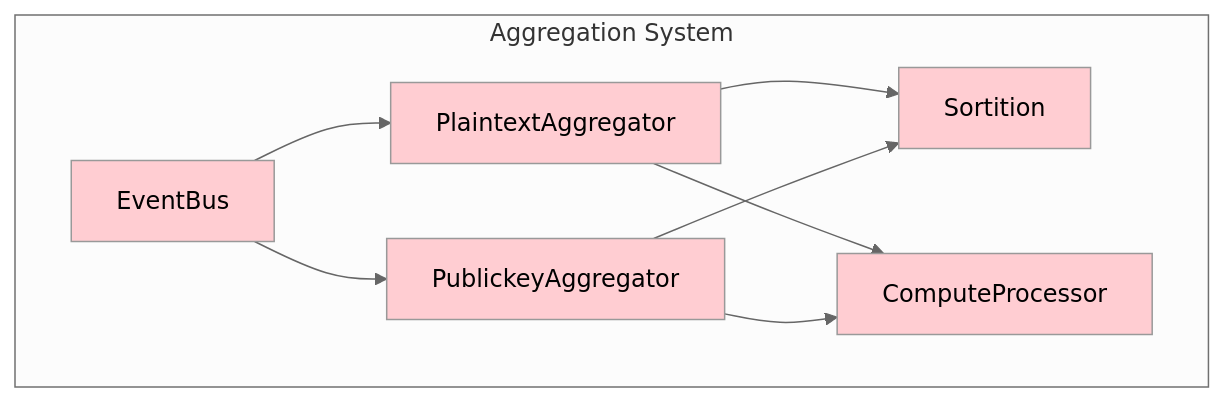
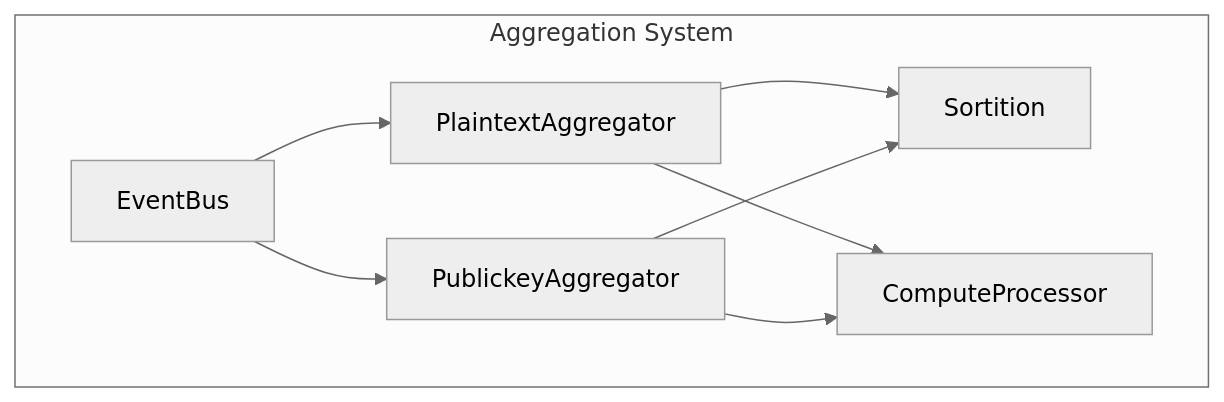
Before and after one commit to gnosisguild/enclave: the diagram in crates/aggregator/AggregationSystem.md, drawn with Mermaid (neutral theme). The commit also changed 7 other files, not shown here.

````diff
--- a/crates/aggregator/AggregationSystem.md
+++ b/crates/aggregator/AggregationSystem.md
@@ -12,32 +12,27 @@
 ```mermaid
 flowchart TB
     subgraph subGraph0["Aggregation System"]
         PT["PlaintextAggregator"]
         PK["PublickeyAggregator"]
         EB["EventBus"]
         S["Sortition"]
         C["ComputeProcessor"]
     end
     EB --> PT
     EB --> PK
     PT --> S
     PK --> S
     PT --> C
     PK --> C
     PT:::internal-link
     PK:::internal-link
     EB:::internal-link
     C:::internal-link
 	S:::internal-link
-	style EB fill:#FFCDD2
-	style S fill:#FFCDD2
-	style PT fill:#FFCDD2
-	style PK fill:#FFCDD2
-	style C fill:#FFCDD2
 
     click PT "http://github.com/gnosisguild/enclave/tree/main/crates/aggregator/docs/PlaintextAggregator.md"
     click PK "http://github.com/gnosisguild/enclave/tree/main/crates/aggregator/docs/PublickeyAggregator.md"
     click EB "http://github.com/gnosisguild/enclave/tree/main/crates/events/docs/EventBus.md"
     click C "http://github.com/gnosisguild/enclave/tree/main/crates/threadpool/docs/ThreadpoolComputeProcessor.md"
     click S "http://github.com/gnosisguild/enclave/tree/main/crates/sortition/docs/Sortition.md"
 ```
````
